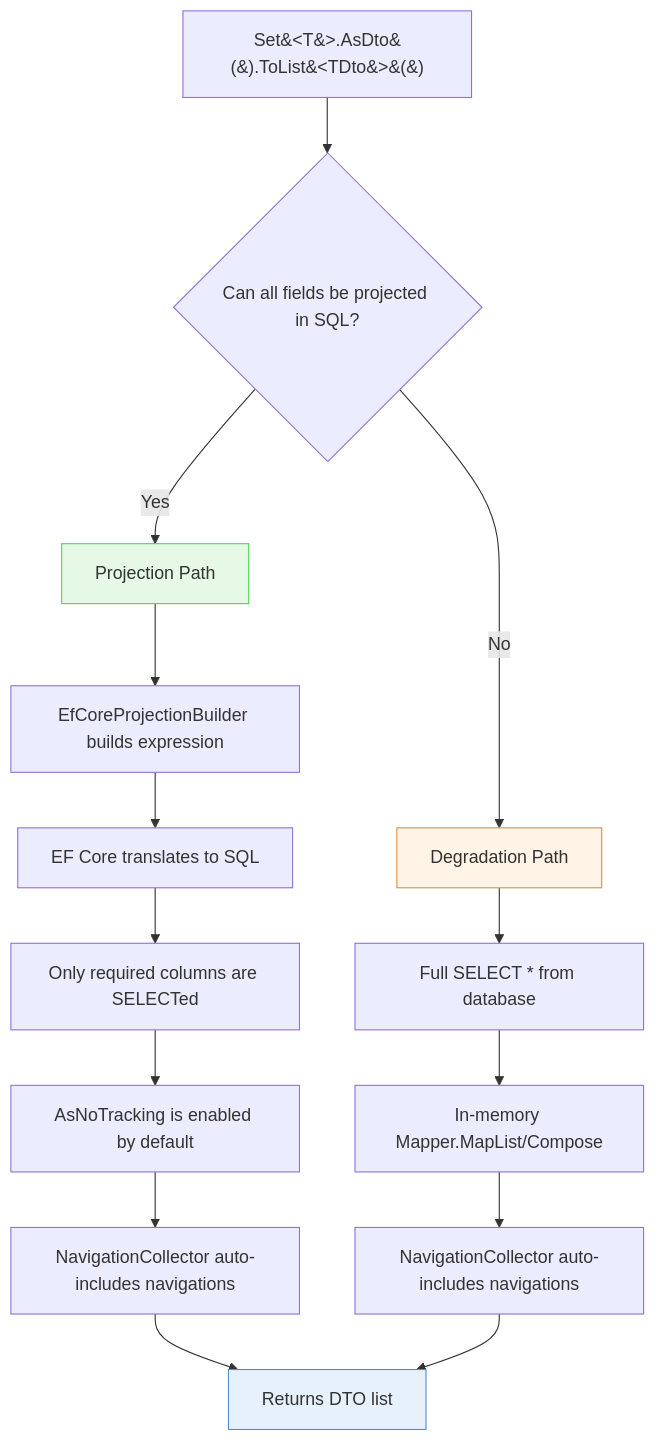
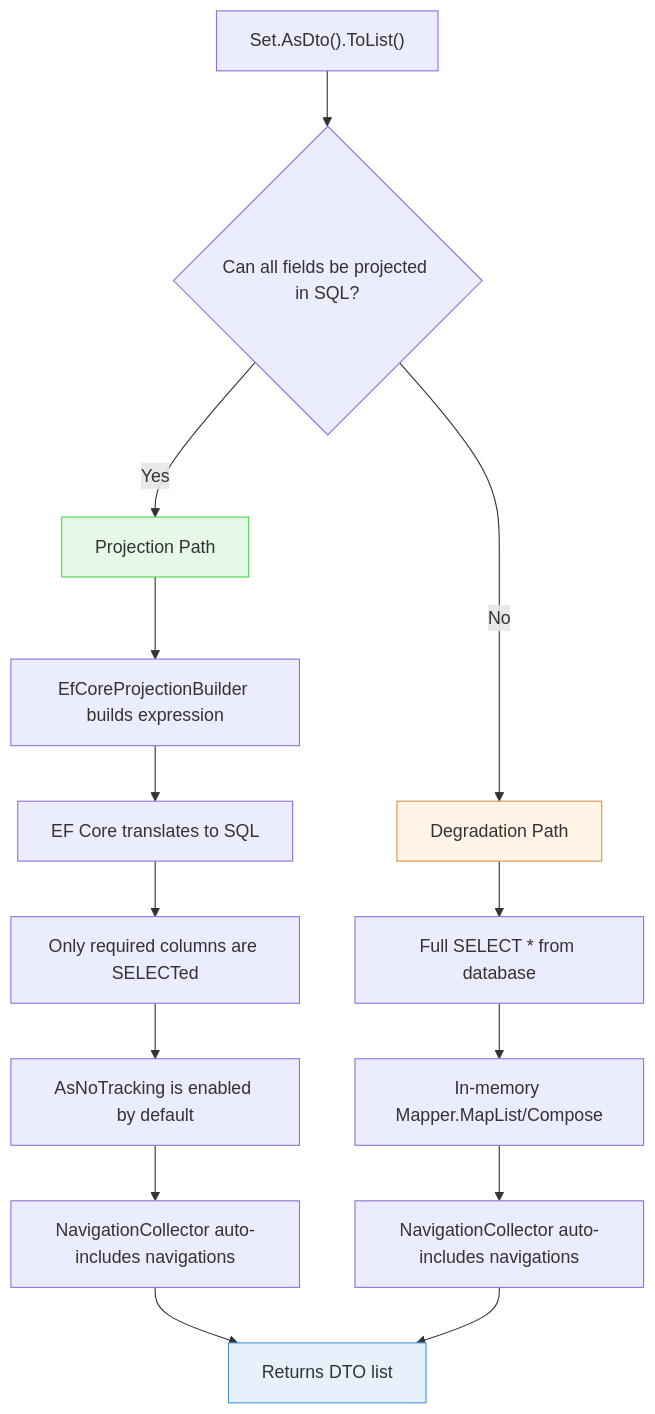
One commit to hchxxzx/NCMapper changed the diagram in docs/en-US/how-to/orm/efcore-projection.md. Above: the diagram before and after it, drawn with Mermaid. The commit also changed 8 other files, not shown here.

First line of the commit message:
fix(wiki): mermaid 标签改用引号包裹，修 4 处图表渲染失败

````diff
--- a/docs/en-US/how-to/orm/efcore-projection.md
+++ b/docs/en-US/how-to/orm/efcore-projection.md
@@ -109,19 +109,19 @@
 ```mermaid
 flowchart TD
-    Start[Set&#60;T&#62;.AsDto&#40;&#41;.ToList&#60;TDto&#62;&#40;&#41;] --> Detect{Can all fields be projected in SQL?}
+    Start["Set<T>.AsDto().ToList<TDto>()"] --> Detect{Can all fields be projected in SQL?}
     Detect -->|Yes| Proj[Projection Path]
     Detect -->|No| Degrade[Degradation Path]
     Proj --> P1[EfCoreProjectionBuilder builds expression]
     P1 --> P2[EF Core translates to SQL]
     P2 --> P3[Only required columns are SELECTed]
     P3 --> P4[AsNoTracking is enabled by default]
     P4 --> P5[NavigationCollector auto-includes navigations]
     P5 --> Result[Returns DTO list]
     Degrade --> D1[Full SELECT * from database]
     D1 --> D2[In-memory Mapper.MapList/Compose]
     D2 --> D3[NavigationCollector auto-includes navigations]
     D3 --> Result
     style Proj fill:#E6F8E6,stroke:#4AD94A
     style Degrade fill:#FFF4E6,stroke:#D9904A
     style Result fill:#E6F1FB,stroke:#4A90D9
 ```
````
